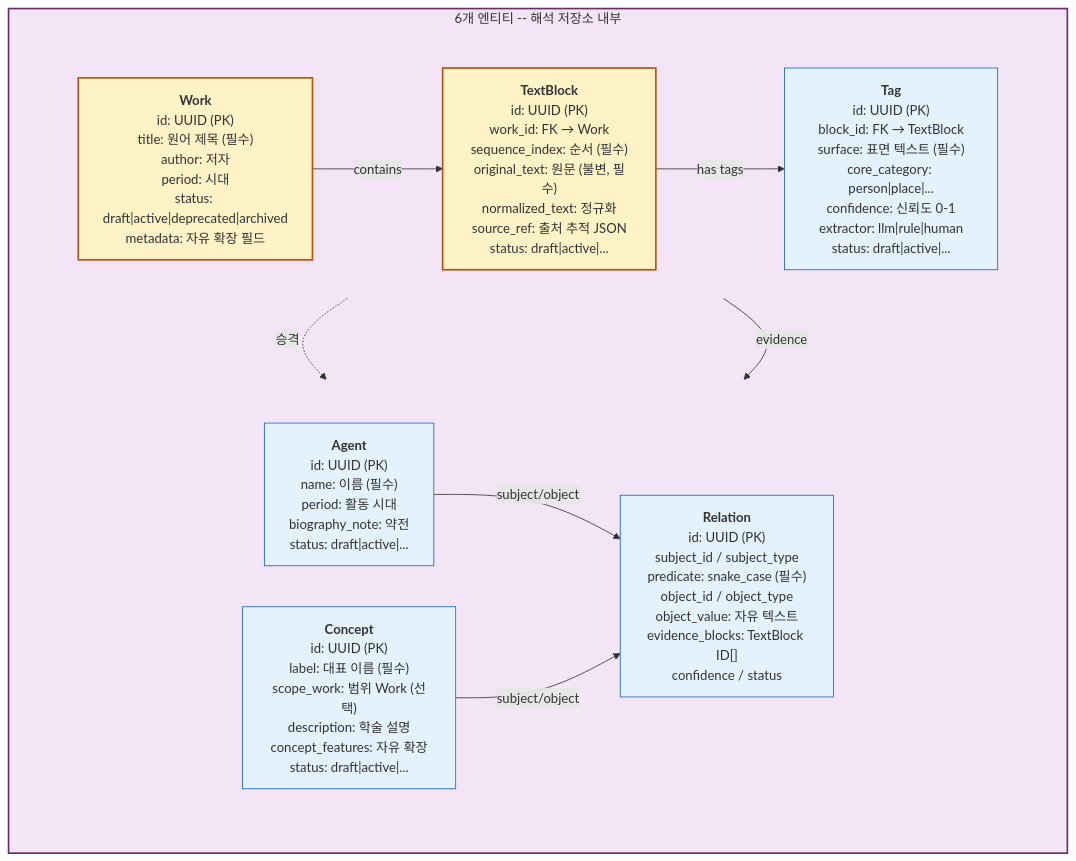
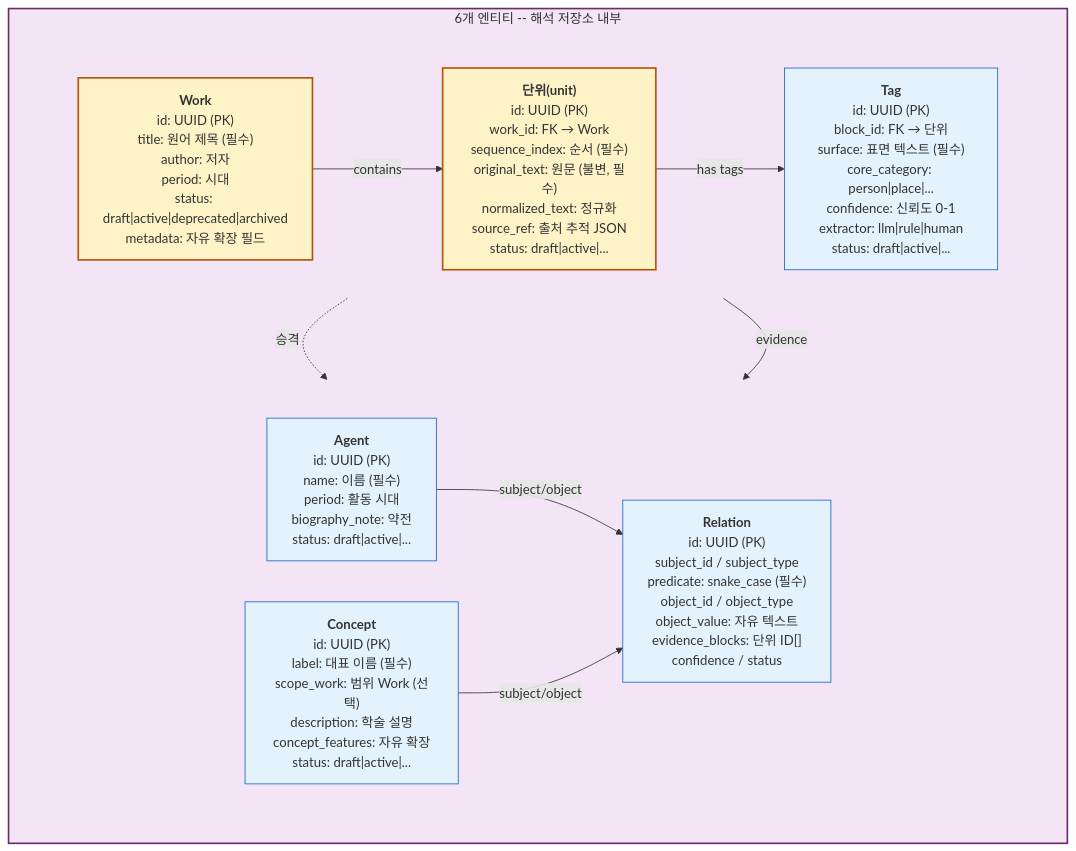
Before and after one commit to hw725/classical-text-browser: the third of 13 diagrams in docs/architecture-diagrams.md, drawn with Mermaid. The commit also changed other lines of this file and 37 other files, not shown here.

````diff
--- a/docs/architecture-diagrams.md
+++ b/docs/architecture-diagrams.md
@@ -271,35 +271,35 @@
 ```mermaid
 flowchart TB
     subgraph SCHEMA["6개 엔티티 -- 해석 저장소 내부"]
         direction TB
         subgraph ROW1[" "]
             direction LR
             WORK["<b>Work</b><br/>id: UUID (PK)<br/>title: 원어 제목 (필수)<br/>author: 저자<br/>period: 시대<br/>status: draft|active|deprecated|archived<br/>metadata: 자유 확장 필드"]
-            TB_NODE["<b>TextBlock</b><br/>id: UUID (PK)<br/>work_id: FK → Work<br/>sequence_index: 순서 (필수)<br/>original_text: 원문 (불변, 필수)<br/>normalized_text: 정규화<br/>source_ref: 출처 추적 JSON<br/>status: draft|active|..."]
-            TAG["<b>Tag</b><br/>id: UUID (PK)<br/>block_id: FK → TextBlock<br/>surface: 표면 텍스트 (필수)<br/>core_category: person|place|...<br/>confidence: 신뢰도 0-1<br/>extractor: llm|rule|human<br/>status: draft|active|..."]
+            TB_NODE["<b>단위(unit)</b><br/>id: UUID (PK)<br/>work_id: FK → Work<br/>sequence_index: 순서 (필수)<br/>original_text: 원문 (불변, 필수)<br/>normalized_text: 정규화<br/>source_ref: 출처 추적 JSON<br/>status: draft|active|..."]
+            TAG["<b>Tag</b><br/>id: UUID (PK)<br/>block_id: FK → 단위<br/>surface: 표면 텍스트 (필수)<br/>core_category: person|place|...<br/>confidence: 신뢰도 0-1<br/>extractor: llm|rule|human<br/>status: draft|active|..."]
         end
         subgraph ROW2[" "]
             direction LR
             CONCEPT["<b>Concept</b><br/>id: UUID (PK)<br/>label: 대표 이름 (필수)<br/>scope_work: 범위 Work (선택)<br/>description: 학술 설명<br/>concept_features: 자유 확장<br/>status: draft|active|..."]
             AGENT["<b>Agent</b><br/>id: UUID (PK)<br/>name: 이름 (필수)<br/>period: 활동 시대<br/>biography_note: 약전<br/>status: draft|active|..."]
-            RELATION["<b>Relation</b><br/>id: UUID (PK)<br/>subject_id / subject_type<br/>predicate: snake_case (필수)<br/>object_id / object_type<br/>object_value: 자유 텍스트<br/>evidence_blocks: TextBlock ID[]<br/>confidence / status"]
+            RELATION["<b>Relation</b><br/>id: UUID (PK)<br/>subject_id / subject_type<br/>predicate: snake_case (필수)<br/>object_id / object_type<br/>object_value: 자유 텍스트<br/>evidence_blocks: 단위 ID[]<br/>confidence / status"]
         end
 
         WORK -->|"contains"| TB_NODE
         TB_NODE -->|"has tags"| TAG
         TAG -.->|"승격"| CONCEPT
         AGENT -->|"subject/object"| RELATION
         CONCEPT -->|"subject/object"| RELATION
         TB_NODE -->|"evidence"| RELATION
     end
 
     style SCHEMA fill:#f3e5f5,stroke:#6a2d6a,stroke-width:2px
     style WORK fill:#fef3c7,stroke:#b45309,stroke-width:2px
     style TB_NODE fill:#fef3c7,stroke:#b45309,stroke-width:2px
     style TAG fill:#e3f2fd,stroke:#1565c0
     style CONCEPT fill:#e3f2fd,stroke:#1565c0
     style AGENT fill:#e3f2fd,stroke:#1565c0
     style RELATION fill:#e3f2fd,stroke:#1565c0
     style ROW1 fill:transparent,stroke:none
     style ROW2 fill:transparent,stroke:none
 ```
````
